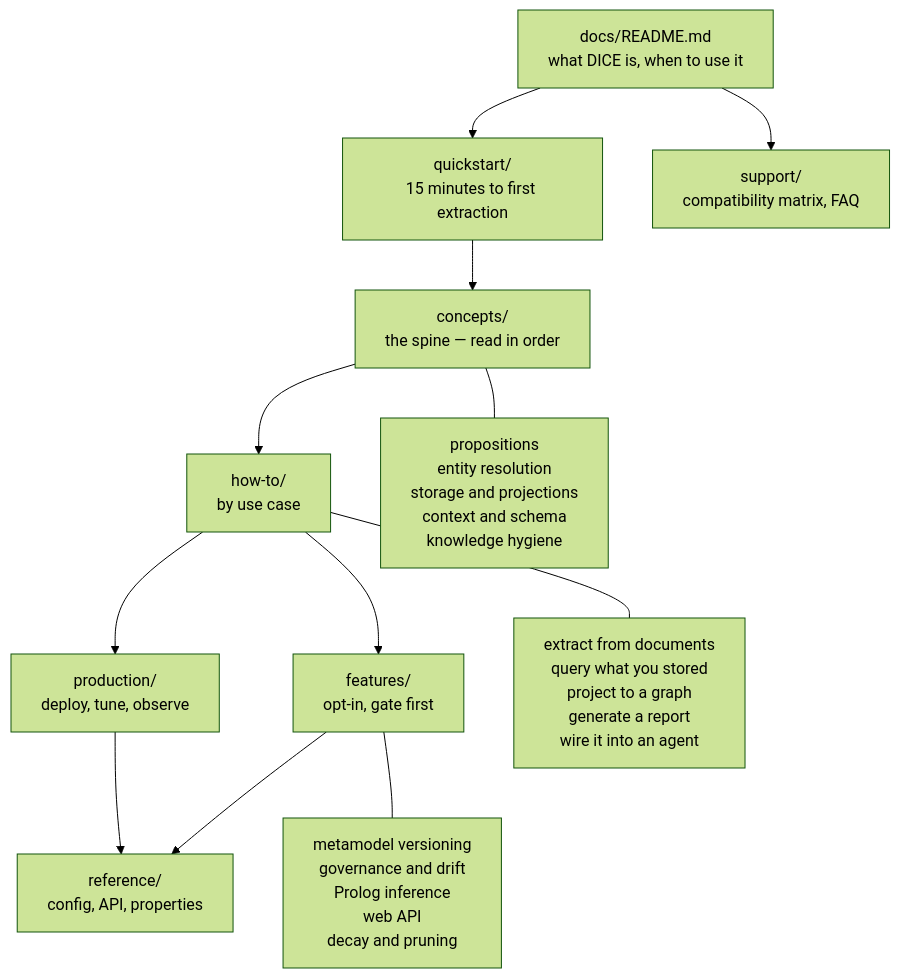
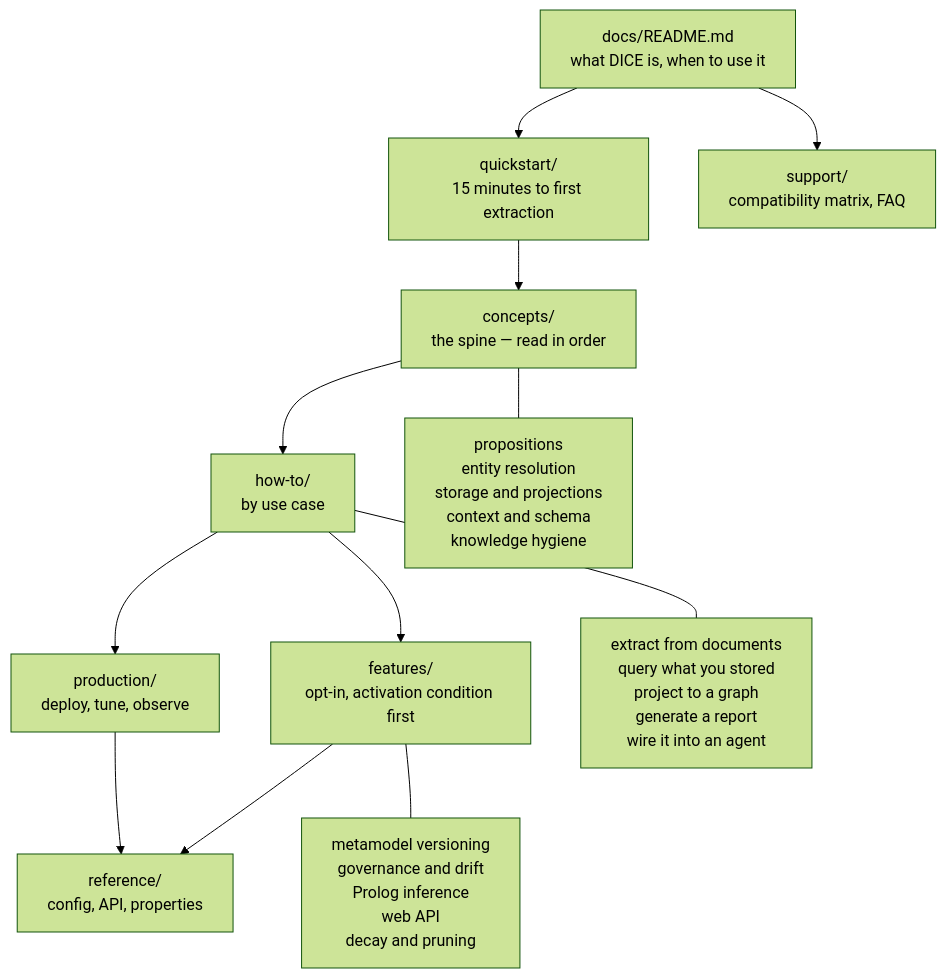
The diagram in specs/developer-docs-architecture.md (embabel/dice), drawn with Mermaid (forest theme) before and after one commit. The commit also changed other lines of this file and 1 other file, not shown here.

First line of the commit message:
docs(specs): voice pass on positioning and docs-architecture

````diff
--- a/specs/developer-docs-architecture.md
+++ b/specs/developer-docs-architecture.md
@@ -67,24 +63,24 @@
 ```mermaid
 flowchart TD
     R["docs/README.md<br/>what DICE is, when to use it"]
     QS["quickstart/<br/>15 minutes to first extraction"]
     C["concepts/<br/>the spine — read in order"]
     H["how-to/<br/>by use case"]
-    F["features/<br/>opt-in, gate first"]
+    F["features/<br/>opt-in, activation condition first"]
     REF["reference/<br/>config, API, properties"]
     P["production/<br/>deploy, tune, observe"]
     S["support/<br/>compatibility matrix, FAQ"]
 
     R --> QS
     QS --> C
     C --> H
     H --> F
     H --> P
     F --> REF
     P --> REF
     R --> S
 
     C --- C1["propositions<br/>entity resolution<br/>storage and projections<br/>context and schema<br/>knowledge hygiene"]
     H --- H1["extract from documents<br/>query what you stored<br/>project to a graph<br/>generate a report<br/>wire it into an agent"]
     F --- F1["metamodel versioning<br/>governance and drift<br/>Prolog inference<br/>web API<br/>decay and pruning"]
 ```
````
